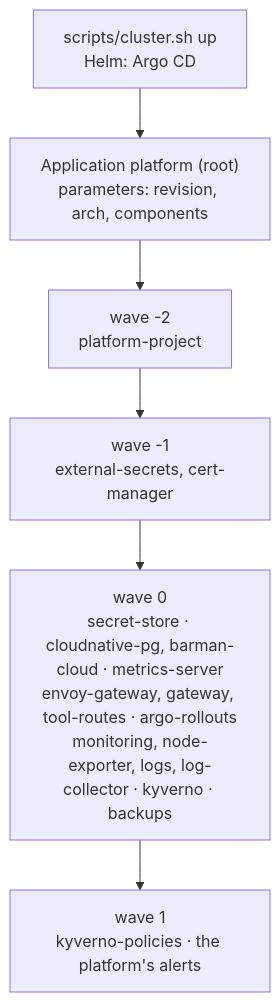
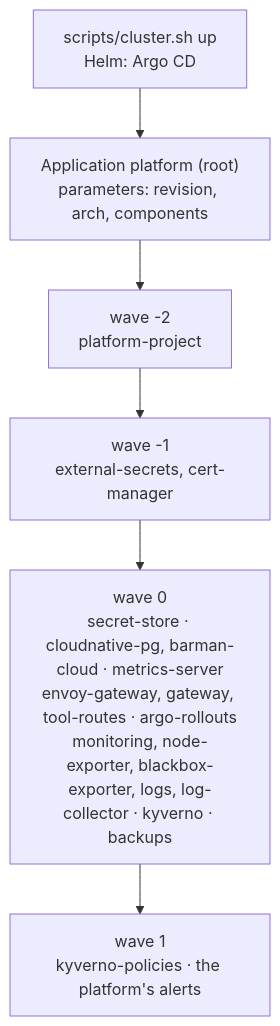
Before and after one commit to easypeasyops/platform: the second of 3 diagrams in docs/DESIGN.md, drawn with Mermaid. The commit also changed 7 other files, not shown here.

First line of the commit message:
monitoring: a blackbox exporter that probes through the front door, not yet asked to (PT-22) (#126)

````diff
--- a/docs/DESIGN.md
+++ b/docs/DESIGN.md
@@ -203,8 +203,8 @@
 ```mermaid
 flowchart TB
   CS["scripts/cluster.sh up<br/>Helm: Argo CD"] --> Root["Application platform (root)<br/>parameters: revision, arch, components"]
   Root --> WP["wave -2<br/>platform-project"]
   WP --> WB["wave -1<br/>external-secrets, cert-manager"]
-  WB --> W0["wave 0<br/>secret-store · cloudnative-pg, barman-cloud · metrics-server<br/>envoy-gateway, gateway, tool-routes · argo-rollouts<br/>monitoring, node-exporter, logs, log-collector · kyverno · backups"]
+  WB --> W0["wave 0<br/>secret-store · cloudnative-pg, barman-cloud · metrics-server<br/>envoy-gateway, gateway, tool-routes · argo-rollouts<br/>monitoring, node-exporter, blackbox-exporter, logs, log-collector · kyverno · backups"]
   W0 --> W1["wave 1<br/>kyverno-policies · the platform's alerts"]
 ```
````
